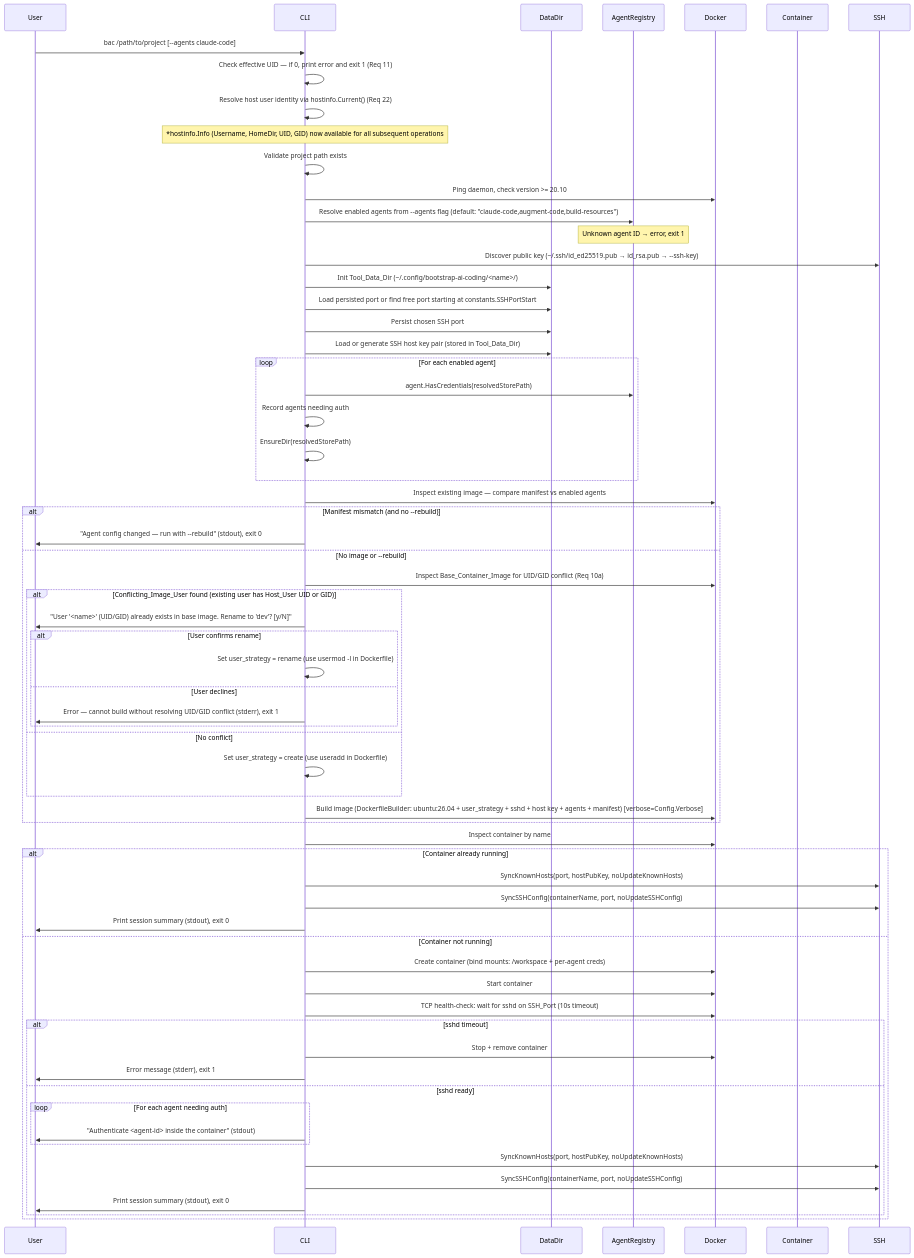
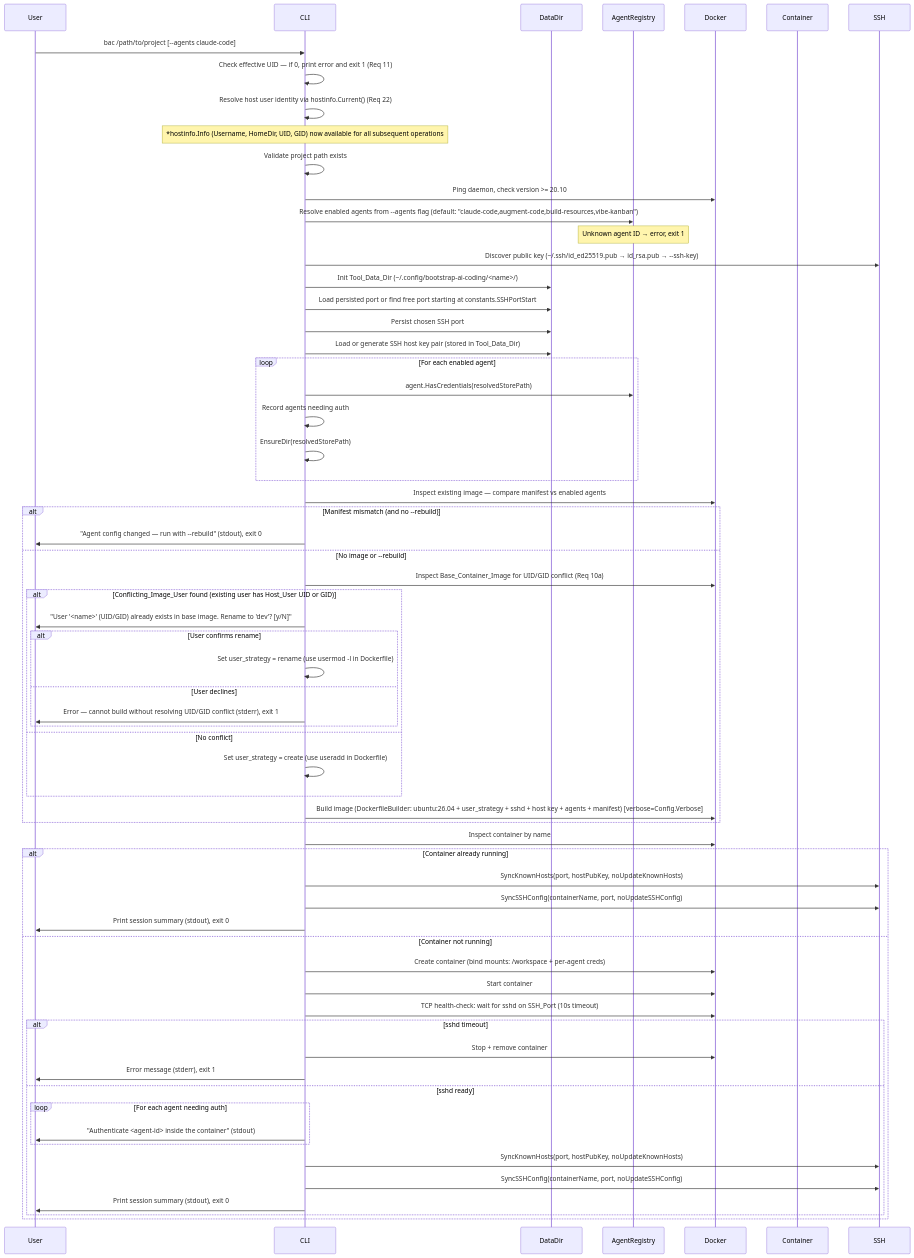
Before and after one commit to koudis/bootstrap-ai-coding: the second of 4 diagrams in .kiro/specs/bootstrap-ai-coding/design-architecture.md, drawn with Mermaid. The commit also changed 9 other files, not shown here.

````diff
--- a/.kiro/specs/bootstrap-ai-coding/design-architecture.md
+++ b/.kiro/specs/bootstrap-ai-coding/design-architecture.md
@@ -87,66 +87,66 @@
 ```mermaid
 sequenceDiagram
     participant User
     participant CLI
     participant DataDir
     participant AgentRegistry
     participant Docker
     participant Container
 
     User->>CLI: bac /path/to/project [--agents claude-code]
     CLI->>CLI: Check effective UID — if 0, print error and exit 1 (Req 11)
     CLI->>CLI: Resolve host user identity via hostinfo.Current() (Req 22)
     note over CLI: *hostinfo.Info (Username, HomeDir, UID, GID) now available for all subsequent operations
     CLI->>CLI: Validate project path exists
     CLI->>Docker: Ping daemon, check version >= 20.10
-    CLI->>AgentRegistry: Resolve enabled agents from --agents flag (default: "claude-code,augment-code,build-resources")
+    CLI->>AgentRegistry: Resolve enabled agents from --agents flag (default: "claude-code,augment-code,build-resources,vibe-kanban")
     note over AgentRegistry: Unknown agent ID → error, exit 1
     CLI->>SSH: Discover public key (~/.ssh/id_ed25519.pub → id_rsa.pub → --ssh-key)
     CLI->>DataDir: Init Tool_Data_Dir (~/.config/bootstrap-ai-coding/<name>/)
     CLI->>DataDir: Load persisted port or find free port starting at constants.SSHPortStart
     CLI->>DataDir: Persist chosen SSH port
     CLI->>DataDir: Load or generate SSH host key pair (stored in Tool_Data_Dir)
     loop For each enabled agent
         CLI->>AgentRegistry: agent.HasCredentials(resolvedStorePath)
         CLI->>CLI: Record agents needing auth
         CLI->>CLI: EnsureDir(resolvedStorePath)
     end
     CLI->>Docker: Inspect existing image — compare manifest vs enabled agents
     alt Manifest mismatch (and no --rebuild)
         CLI->>User: "Agent config changed — run with --rebuild" (stdout), exit 0
     else No image or --rebuild
         CLI->>Docker: Inspect Base_Container_Image for UID/GID conflict (Req 10a)
         alt Conflicting_Image_User found (existing user has Host_User UID or GID)
             CLI->>User: "User '<name>' (UID/GID) already exists in base image. Rename to 'dev'? [y/N]"
             alt User confirms rename
                 CLI->>CLI: Set user_strategy = rename (use usermod -l in Dockerfile)
             else User declines
                 CLI->>User: Error — cannot build without resolving UID/GID conflict (stderr), exit 1
             end
         else No conflict
             CLI->>CLI: Set user_strategy = create (use useradd in Dockerfile)
         end
         CLI->>Docker: Build image (DockerfileBuilder: ubuntu:26.04 + user_strategy + sshd + host key + agents + manifest) [verbose=Config.Verbose]
     end
     CLI->>Docker: Inspect container by name
     alt Container already running
         CLI->>SSH: SyncKnownHosts(port, hostPubKey, noUpdateKnownHosts)
         CLI->>SSH: SyncSSHConfig(containerName, port, noUpdateSSHConfig)
         CLI->>User: Print session summary (stdout), exit 0
     else Container not running
         CLI->>Docker: Create container (bind mounts: /workspace + per-agent creds)
         CLI->>Docker: Start container
         CLI->>Docker: TCP health-check: wait for sshd on SSH_Port (10s timeout)
         alt sshd timeout
             CLI->>Docker: Stop + remove container
             CLI->>User: Error message (stderr), exit 1
         else sshd ready
             loop For each agent needing auth
                 CLI->>User: "Authenticate <agent-id> inside the container" (stdout)
             end
             CLI->>SSH: SyncKnownHosts(port, hostPubKey, noUpdateKnownHosts)
             CLI->>SSH: SyncSSHConfig(containerName, port, noUpdateSSHConfig)
             CLI->>User: Print session summary (stdout), exit 0
         end
     end
 ```
````
